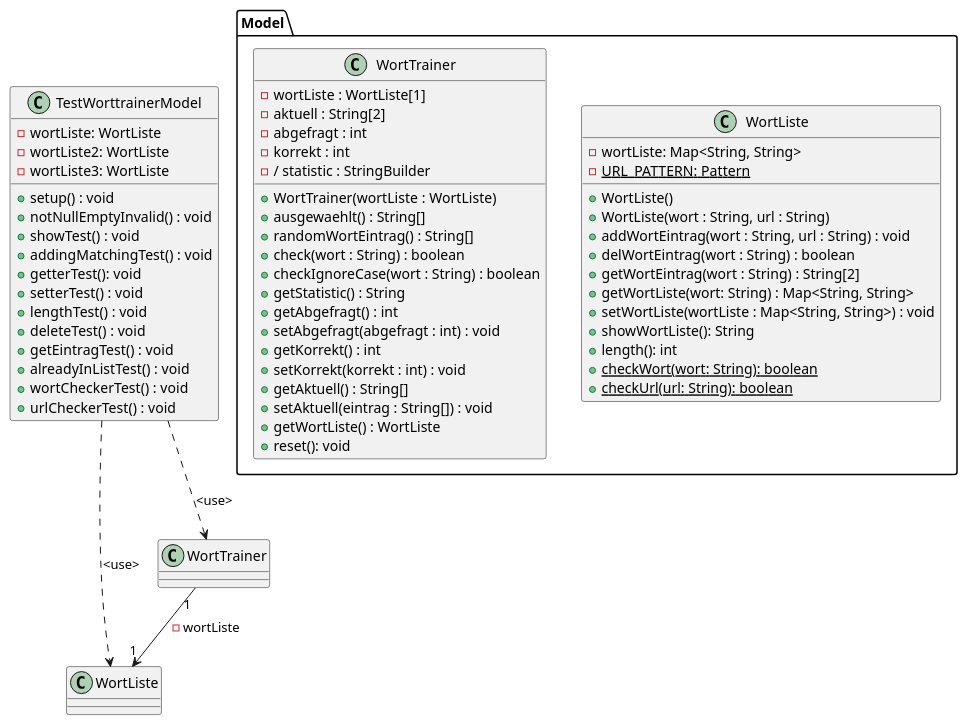
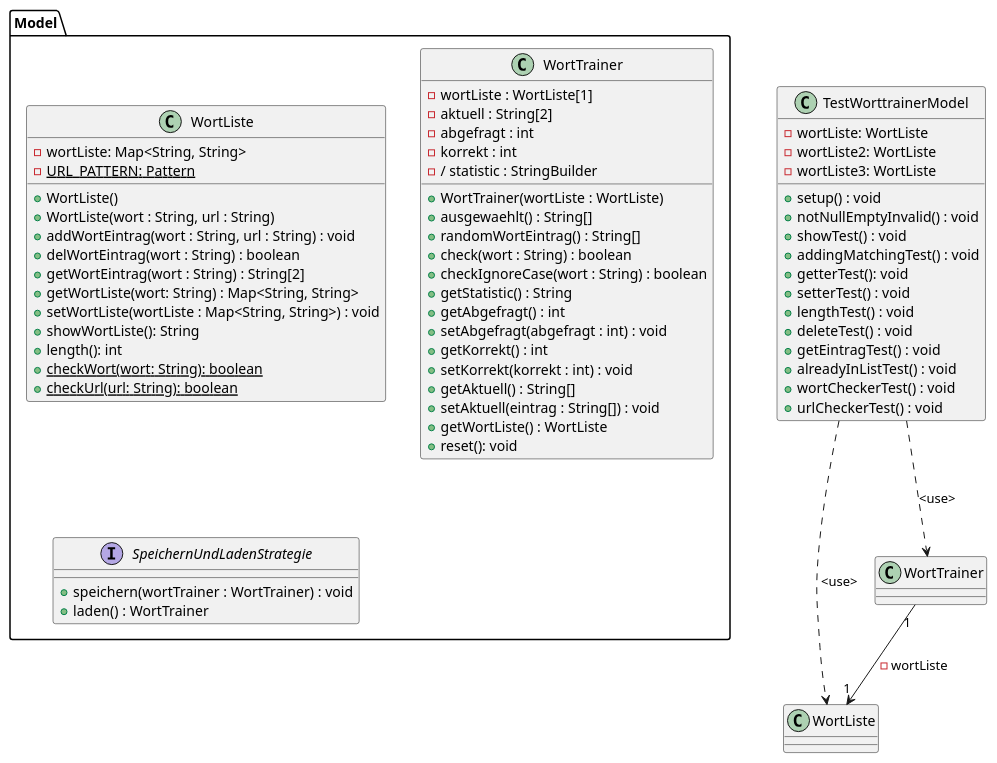
The diagram in src/main/resources/Worttrainer Reloaded.puml (TGM-HIT/sew9-2425-worttrainer-Batscho), drawn with PlantUML before and after one commit.

Commit message:
[GK] Worttrainer Reloaded Commit 37: Nun geht es an die Persistenz, nämlich das Speichern und Laden, was ich wahrscheinlich im Json Format durchführen werde. Es wurde ein Interface zum Speichern und Laden kreiert im UML.

```diff
--- a/src/main/resources/Worttrainer Reloaded.puml
+++ b/src/main/resources/Worttrainer Reloaded.puml
@@ -1,67 +1,72 @@
 @startuml
 'https://plantuml.com/class-diagram
 
 TestWorttrainerModel ..> WortListe : <use>
 TestWorttrainerModel ..> WortTrainer : <use>
 WortTrainer "1" --> "1" WortListe : - wortListe
 
 package Model {
 class WortListe {
 - wortListe: Map<String, String>
 - {static} URL_PATTERN: Pattern
 + WortListe()
 + WortListe(wort : String, url : String)
 + addWortEintrag(wort : String, url : String) : void
 + delWortEintrag(wort : String) : boolean
 + getWortEintrag(wort : String) : String[2]
 + getWortListe(wort: String) : Map<String, String>
 + setWortListe(wortListe : Map<String, String>) : void
 + showWortListe(): String
 + length(): int
 + {static} checkWort(wort: String): boolean
 + {static} checkUrl(url: String): boolean
 }
 
 class WortTrainer {
 - wortListe : WortListe[1]
 - aktuell : String[2]
 - abgefragt : int
 - korrekt : int
 - / statistic : StringBuilder
 + WortTrainer(wortListe : WortListe)
 + ausgewaehlt() : String[]
 + randomWortEintrag() : String[]
 + check(wort : String) : boolean
 + checkIgnoreCase(wort : String) : boolean
 + getStatistic() : String
 + getAbgefragt() : int
 + setAbgefragt(abgefragt : int) : void
 + getKorrekt() : int
 + setKorrekt(korrekt : int) : void
 + getAktuell() : String[]
 + setAktuell(eintrag : String[]) : void
 + getWortListe() : WortListe
 + reset(): void
 }
+
+interface SpeichernUndLadenStrategie {
++ speichern(wortTrainer : WortTrainer) : void
++ laden() : WortTrainer
+}
 }
 
 
 class TestWorttrainerModel {
 - wortListe: WortListe
 - wortListe2: WortListe
 - wortListe3: WortListe
 + setup() : void
 + notNullEmptyInvalid() : void
 + showTest() : void
 + addingMatchingTest() : void
 + getterTest(): void
 + setterTest() : void
 + lengthTest() : void
 + deleteTest() : void
 + getEintragTest() : void
 + alreadyInListTest() : void
 + wortCheckerTest() : void
 + urlCheckerTest() : void
 }
 
 @enduml
```
